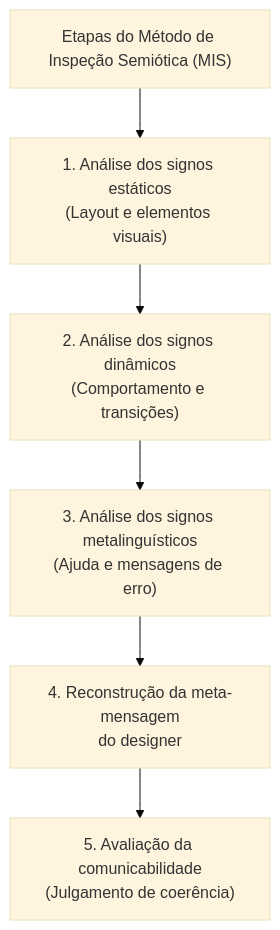
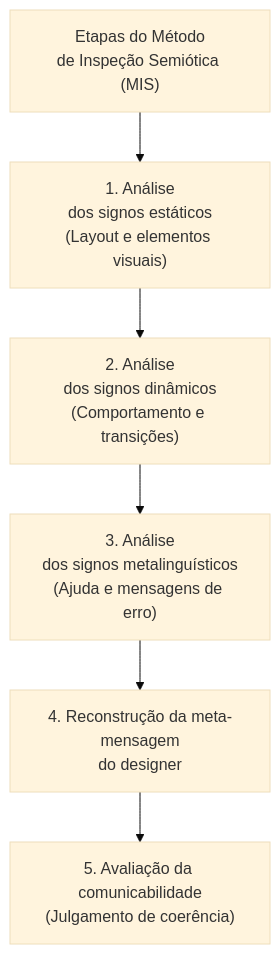
The second of 3 diagrams in 08. Design de Interacao/21. Avaliação da comunicabilidade - método de inspeção semiótica mis e método de avaliação da comunicabilidade mac.md (leorruas/puc), drawn with Mermaid (base theme) before and after one commit. The commit also changed other lines of this file and 16 other files, not shown here.

Commit message:
style(mermaid): comprehensive audit and optimization of 45 Mermaid blocks across all 22 topic notes

````diff
--- a/08. Design de Interacao/21. Avaliação da comunicabilidade - método de inspeção semiótica mis e método de avaliação da comunicabilidade mac.md
+++ b/08. Design de Interacao/21. Avaliação da comunicabilidade - método de inspeção semiótica mis e método de avaliação da comunicabilidade mac.md
@@ -57,8 +57,8 @@
 ```mermaid
 graph TD
-    MIS["Etapas do Método de Inspeção Semiótica (MIS)"] --> E1["1. Análise dos signos estáticos<br>(Layout e elementos visuais)"]
-    E1 --> E2["2. Análise dos signos dinâmicos<br>(Comportamento e transições)"]
-    E2 --> E3["3. Análise dos signos metalinguísticos<br>(Ajuda e mensagens de erro)"]
+    MIS["Etapas do Método<br>de Inspeção Semiótica (MIS)"] --> E1["1. Análise<br>dos signos estáticos<br>(Layout e elementos visuais)"]
+    E1 --> E2["2. Análise<br>dos signos dinâmicos<br>(Comportamento e transições)"]
+    E2 --> E3["3. Análise<br>dos signos metalinguísticos<br>(Ajuda e mensagens de erro)"]
     E3 --> S3["4. Reconstrução da meta-mensagem<br>do designer"]
     S3 --> E5["5. Avaliação da comunicabilidade<br>(Julgamento de coerência)"]
 ```
````
